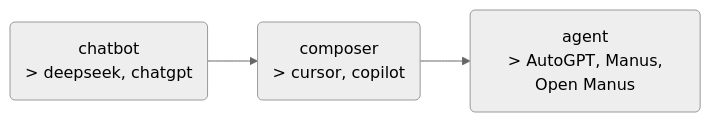
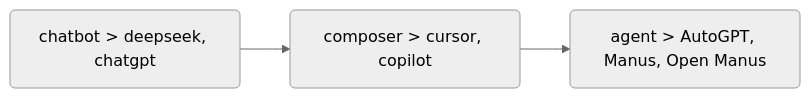
The first of 5 diagrams in plugin-tutorial/what-is-mcp.md (LSTM-Kirigaya/openmcp-document), drawn with Mermaid (neutral theme) before and after one commit. The commit also changed other lines of this file and 16 other files, not shown here.

````diff
--- a/plugin-tutorial/what-is-mcp.md
+++ b/plugin-tutorial/what-is-mcp.md
@@ -19,5 +17,5 @@
 ``` mermaid
 graph LR
 
-a(chatbot\n > deepseek, chatgpt) --> b(composer\n > cursor, copilot) --> c(agent\n > AutoGPT, Manus, Open Manus) 
+a(chatbot > deepseek, chatgpt) --> b(composer > cursor, copilot) --> c(agent > AutoGPT, Manus, Open Manus) 
 ```
````
